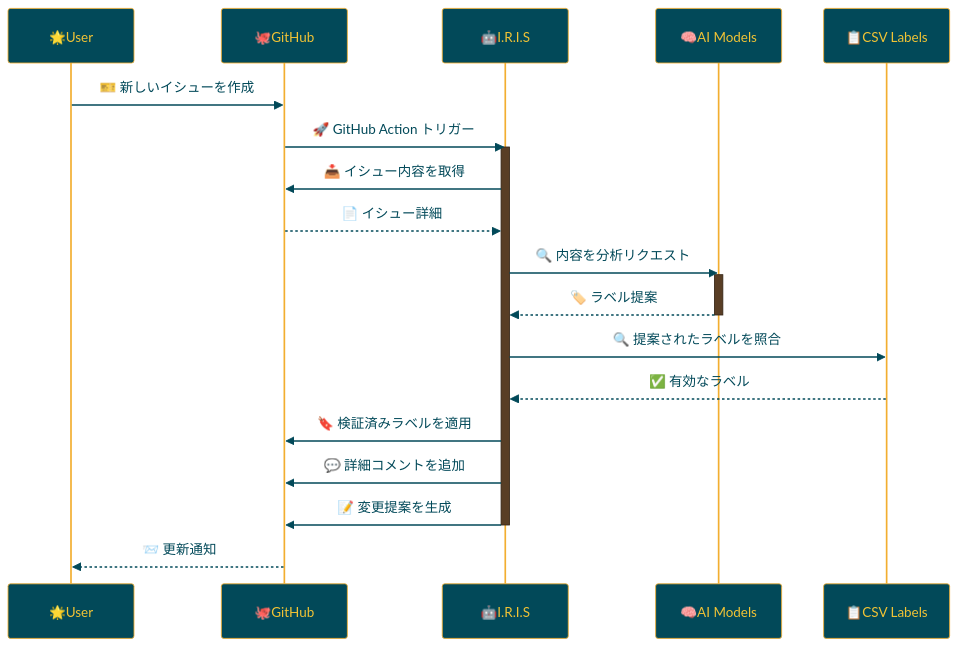
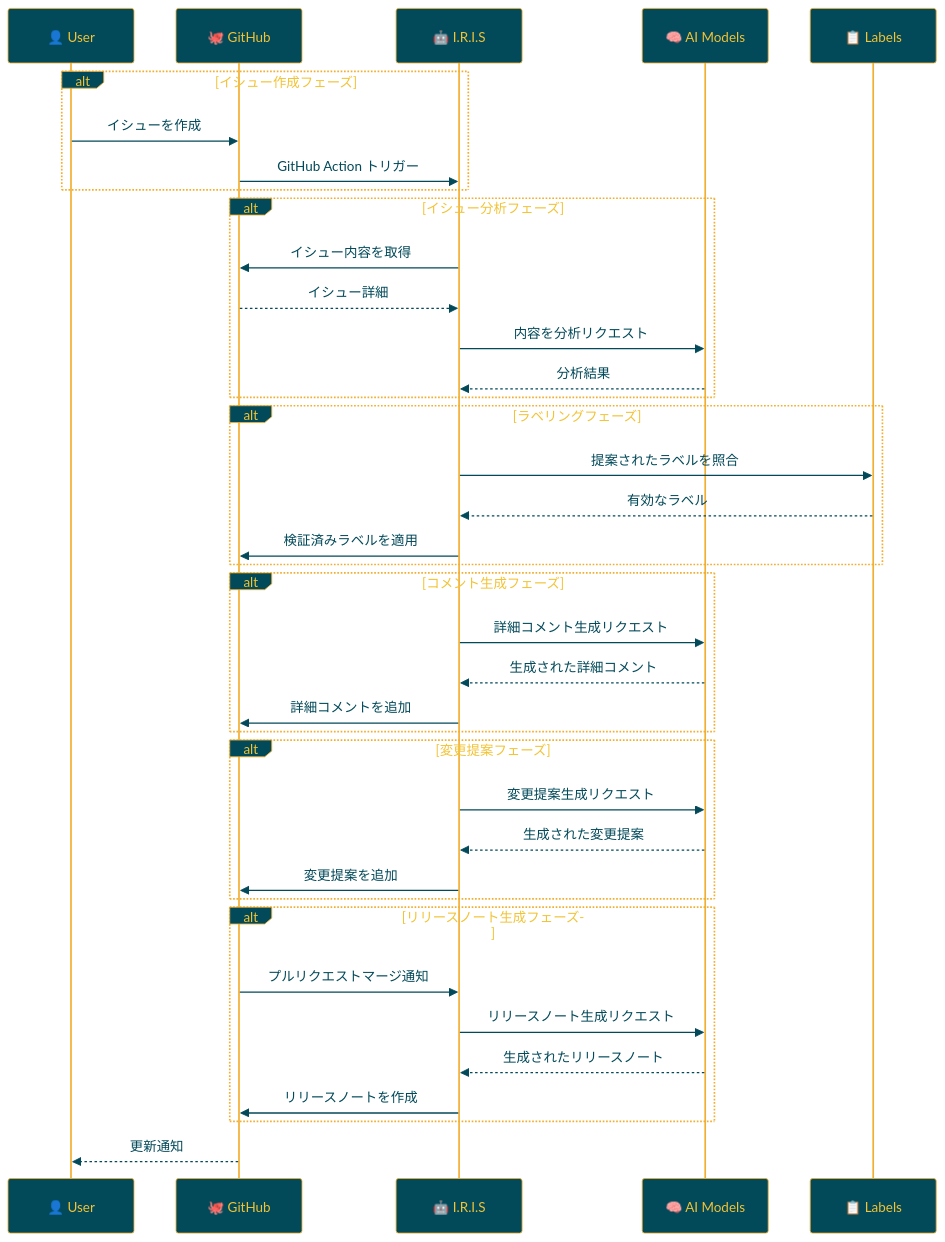
One commit to Sunwood-ai-labs/IRIS changed the diagram in README.md. Above: the diagram before and after it, drawn with Mermaid.

Commit message:
🎨 [docs] リリースノート生成機能の追加を反映
- IRISの動作フロー図に、リリースノート生成機能のステップを追加しました。
- 図はmermaid記法で記述されており、GitHub上でレンダリングされます。

これらの変更により、ユーザーはリリースノート生成機能を含むIRISの全体像をより明確に把握できるようになります。

````diff
--- a/README.md
+++ b/README.md
@@ -122,26 +122,49 @@
 ```mermaid
 %%{init:{'theme':'base','themeVariables':{'primaryColor':'#024959','primaryTextColor':'#F2C335','primaryBorderColor':'#F2AE30','lineColor':'#A1A2A6','secondaryColor':'#593E25','tertiaryColor':'#F2C335','noteTextColor':'#024959','noteBkgColor':'#F2C335','textColor':'#024959','fontSize':'18px'}}}%%
+
 sequenceDiagram
-    participant 👤 as 🌟User
-    participant 🐙 as 🐙GitHub
-    participant 🤖 as 🤖I.R.I.S
-    participant 🧠 as 🧠AI Models
-    participant 📋 as 📋CSV Labels
-    
-    👤->>🐙: 🎫 新しいイシューを作成
-    🐙->>🤖: 🚀 GitHub Action トリガー
-    activate 🤖
-    🤖->>🐙: 📥 イシュー内容を取得
-    🐙-->>🤖: 📄 イシュー詳細
-    🤖->>🧠: 🔍 内容を分析リクエスト
-    activate 🧠
-    🧠-->>🤖: 🏷️ ラベル提案
-    deactivate 🧠
-    🤖->>📋: 🔍 提案されたラベルを照合
-    📋-->>🤖: ✅ 有効なラベル
-    🤖->>🐙: 🔖 検証済みラベルを適用
-    🤖->>🐙: 💬 詳細コメントを追加
-    🤖->>🐙: 📝 変更提案を生成
-    deactivate 🤖
-    🐙-->>👤: 📨 更新通知
+    participant User as 👤 User
+    participant GitHub as 🐙 GitHub
+    participant IRIS as 🤖 I.R.I.S
+    participant AI as 🧠 AI Models
+    participant Labels as 📋 Labels
+
+    alt イシュー作成フェーズ
+        User->>GitHub: イシューを作成
+        GitHub->>IRIS: GitHub Action トリガー
+    end
+
+    alt イシュー分析フェーズ
+        IRIS->>GitHub: イシュー内容を取得
+        GitHub-->>IRIS: イシュー詳細
+        IRIS->>AI: 内容を分析リクエスト
+        AI-->>IRIS: 分析結果
+    end
+
+    alt ラベリングフェーズ
+        IRIS->>Labels: 提案されたラベルを照合
+        Labels-->>IRIS: 有効なラベル
+        IRIS->>GitHub: 検証済みラベルを適用
+    end
+
+    alt コメント生成フェーズ
+        IRIS->>AI: 詳細コメント生成リクエスト
+        AI-->>IRIS: 生成された詳細コメント
+        IRIS->>GitHub: 詳細コメントを追加
+    end
+
+    alt 変更提案フェーズ
+        IRIS->>AI: 変更提案生成リクエスト
+        AI-->>IRIS: 生成された変更提案
+        IRIS->>GitHub: 変更提案を追加
+    end
+
+    alt リリースノート生成フェーズ
+        GitHub->>IRIS: プルリクエストマージ通知
+        IRIS->>AI: リリースノート生成リクエスト
+        AI-->>IRIS: 生成されたリリースノート
+        IRIS->>GitHub: リリースノートを作成
+    end
+
+    GitHub-->>User: 更新通知
 ```
````
